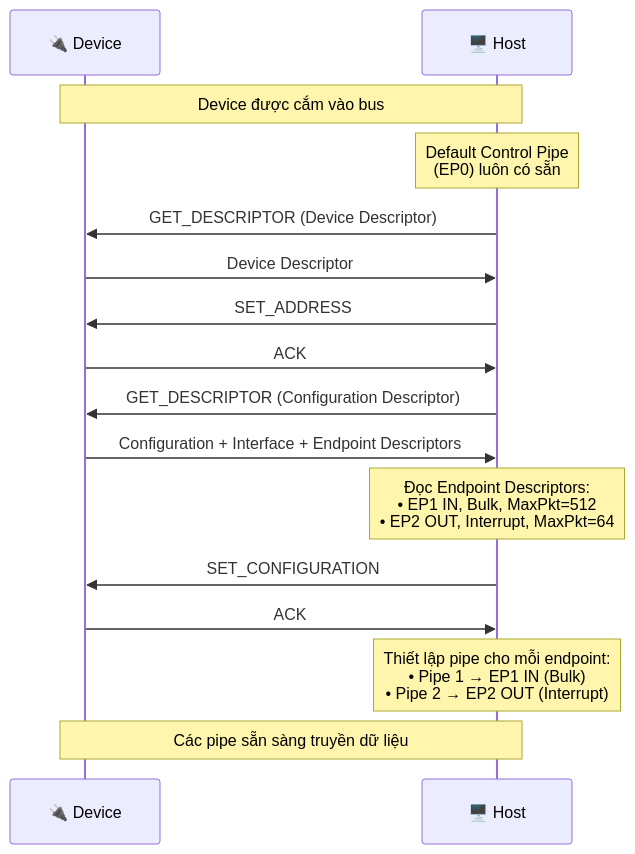
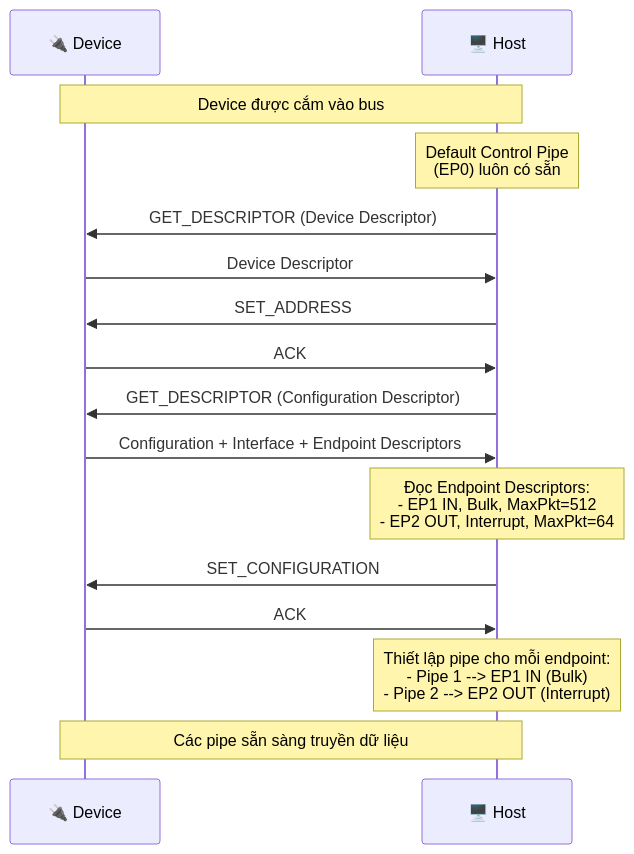
The first of 4 diagrams in Embedded/6. USB/5. pipe/README.md (Leminuos/tutorials), drawn with Mermaid before and after one commit. The commit also changed other lines of this file and 5 other files, not shown here.

````diff
--- a/Embedded/6. USB/5. pipe/README.md
+++ b/Embedded/6. USB/5. pipe/README.md
@@ -43,27 +43,27 @@
 ```mermaid
 sequenceDiagram
     participant D as 🔌 Device
     participant H as 🖥️ Host
  
     Note over H,D: Device được cắm vào bus
     
     Note over H: Default Control Pipe<br/>(EP0) luôn có sẵn
     
     H->>D: GET_DESCRIPTOR (Device Descriptor)
     D->>H: Device Descriptor
     
     H->>D: SET_ADDRESS
     D->>H: ACK
     
     H->>D: GET_DESCRIPTOR (Configuration Descriptor)
     D->>H: Configuration + Interface + Endpoint Descriptors
     
-    Note over H: Đọc Endpoint Descriptors:<br/>• EP1 IN, Bulk, MaxPkt=512<br/>• EP2 OUT, Interrupt, MaxPkt=64
+    Note over H: Đọc Endpoint Descriptors:<br/>- EP1 IN, Bulk, MaxPkt=512<br/>- EP2 OUT, Interrupt, MaxPkt=64
  
     H->>D: SET_CONFIGURATION
     D->>H: ACK
     
-    Note over H: Thiết lập pipe cho mỗi endpoint:<br/>• Pipe 1 → EP1 IN (Bulk)<br/>• Pipe 2 → EP2 OUT (Interrupt)
+    Note over H: Thiết lập pipe cho mỗi endpoint:<br/>- Pipe 1 --> EP1 IN (Bulk)<br/>- Pipe 2 --> EP2 OUT (Interrupt)
     
     Note over H,D: Các pipe sẵn sàng truyền dữ liệu
 ```
````
